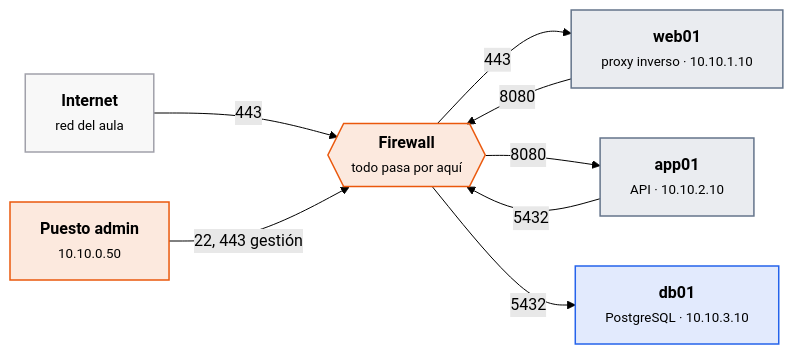
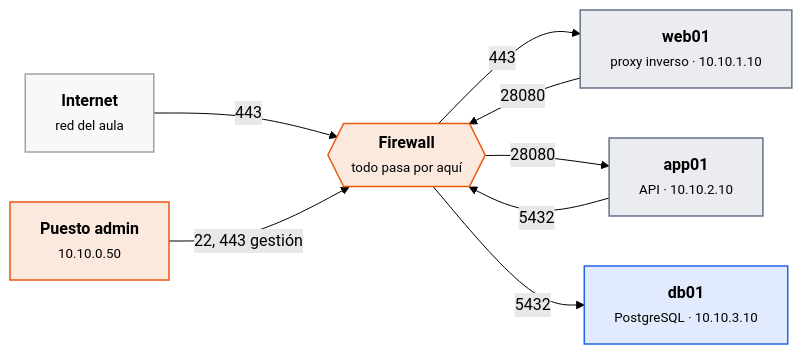
The first of 5 diagrams in docs/ut/ut3-seguridad-por-capas.md (victor-educ/apuntes-5166), drawn with Mermaid (forest theme) before and after one commit. The commit also changed other lines of this file and 12 other files, not shown here.

````diff
--- a/docs/ut/ut3-seguridad-por-capas.md
+++ b/docs/ut/ut3-seguridad-por-capas.md
@@ -58,22 +58,22 @@
 ```mermaid
 flowchart LR
     INET["<b>Internet</b><br><small>red del aula</small>"]:::infra
     FW{{"<b>Firewall</b><br><small>todo pasa por aquí</small>"}}:::act
     WEB["<b>web01</b><br><small>proxy inverso · 10.10.1.10</small>"]:::pieza
     APP["<b>app01</b><br><small>API · 10.10.2.10</small>"]:::pieza
     DB["<b>db01</b><br><small>PostgreSQL · 10.10.3.10</small>"]:::dato
     ADM["<b>Puesto admin</b><br><small>10.10.0.50</small>"]:::act
     INET -->|443| FW
     FW -->|443| WEB
-    WEB -->|8080| FW
-    FW -->|8080| APP
+    WEB -->|28080| FW
+    FW -->|28080| APP
     APP -->|5432| FW
     FW -->|5432| DB
     ADM -->|22, 443 gestión| FW
     classDef act fill:#ea580c22,stroke:#ea580c,stroke-width:1.5px
     classDef pieza fill:#64748b22,stroke:#64748b,stroke-width:1.5px
     classDef dato fill:#2563eb22,stroke:#2563eb,stroke-width:1.5px
     classDef infra fill:#a1a1aa14,stroke:#a1a1aa,stroke-width:1.5px
     classDef ok fill:#16a34a22,stroke:#16a34a,stroke-width:1.5px
     classDef riesgo fill:#dc262622,stroke:#dc2626,stroke-width:1.5px
 ```
````
